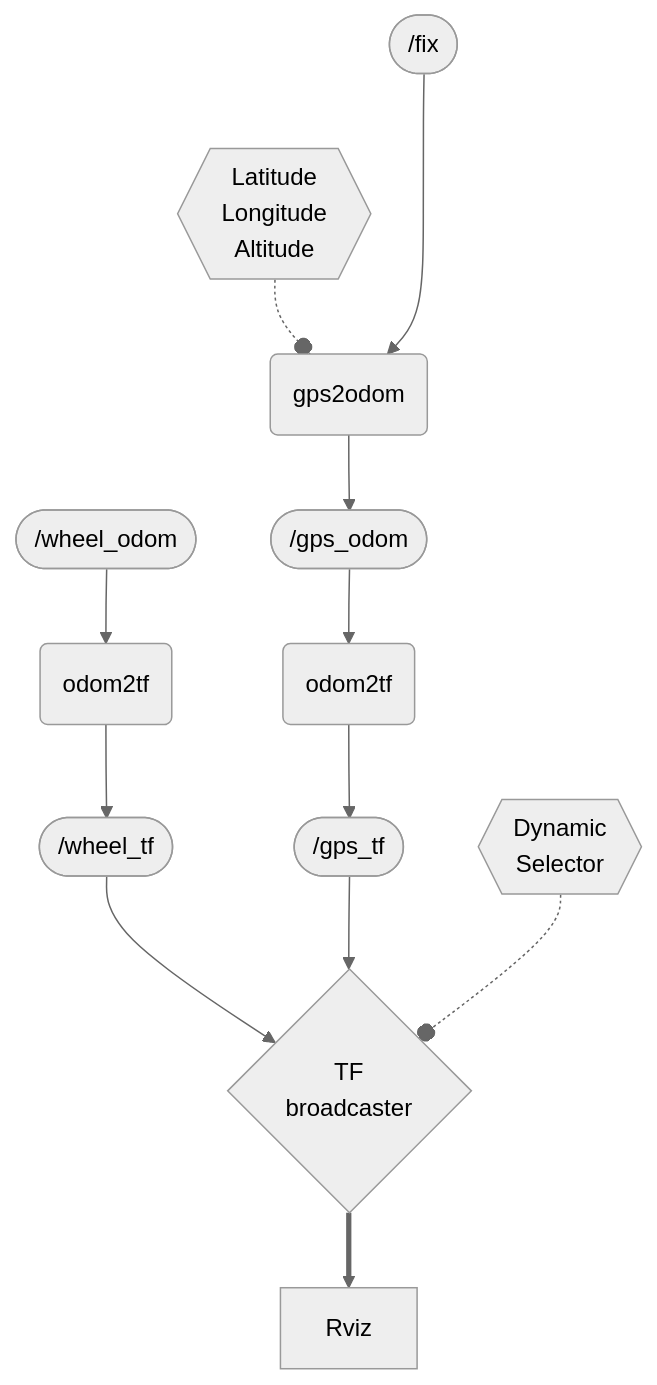
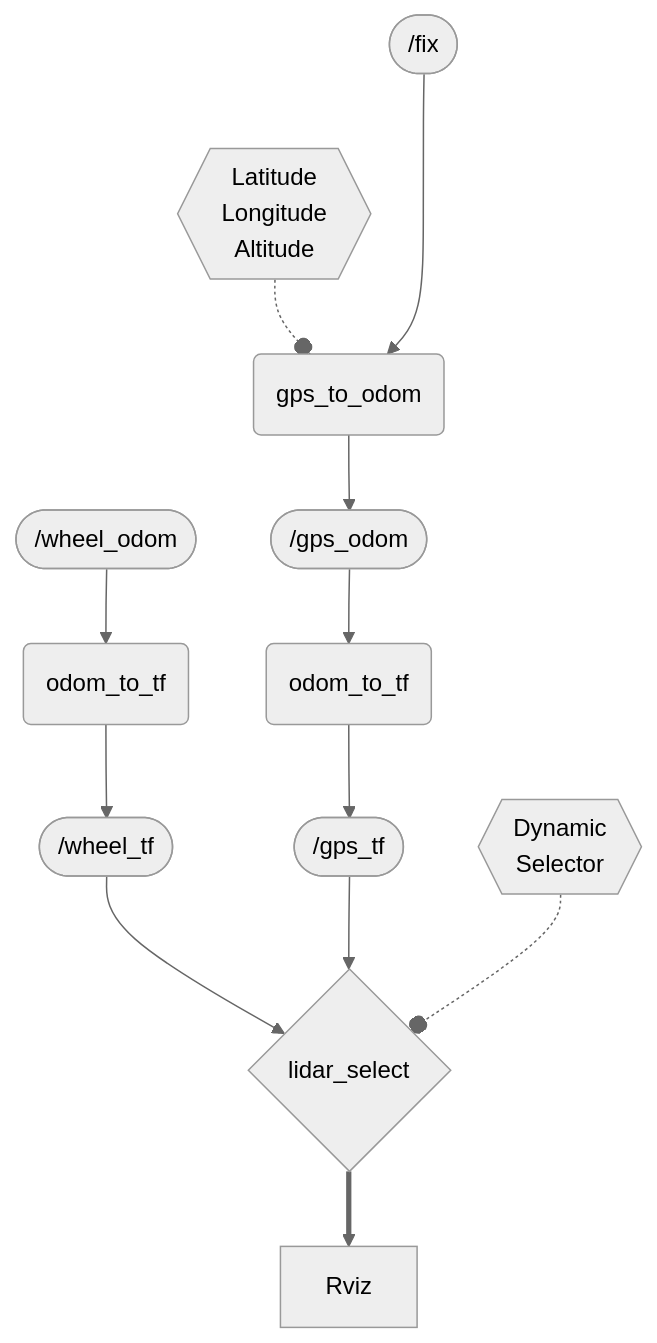
One commit to icpmoles/robotics changed the second of 2 diagrams in src/first_project/docs/index.md. Above: the diagram before and after it, drawn with Mermaid (neutral theme).

Commit message:
fixed names to match files

````diff
--- a/src/first_project/docs/index.md
+++ b/src/first_project/docs/index.md
@@ -14,14 +14,14 @@
 ```mermaid
 flowchart TD
 LLA_paramsid{{Latitude\nLongitude\nAltitude}}-.-ogps2odom;
-gps([/fix])--->gps2odom(gps2odom);
+gps([/fix])--->gps2odom(gps_to_odom);
 gps2odom-->id2([/gps_odom]);
-id2-->gps_o2t(odom2tf);
+id2-->gps_o2t(odom_to_tf);
 gps_o2t-->gpstf([/gps_tf]);
-id3([/wheel_odom])-->wheel_o2t(odom2tf);
+id3([/wheel_odom])-->wheel_o2t(odom_to_tf);
 wheel_o2t-->2ndtf([/wheel_tf]);
-2ndtf-->3rdnode{TF\nbroadcaster}
+2ndtf-->3rdnode{lidar_select}
 gpstf-->3rdnode;
 rqt{{Dynamic\nSelector}}-.-o3rdnode;
 3rdnode==>Rviz
 ```
````
